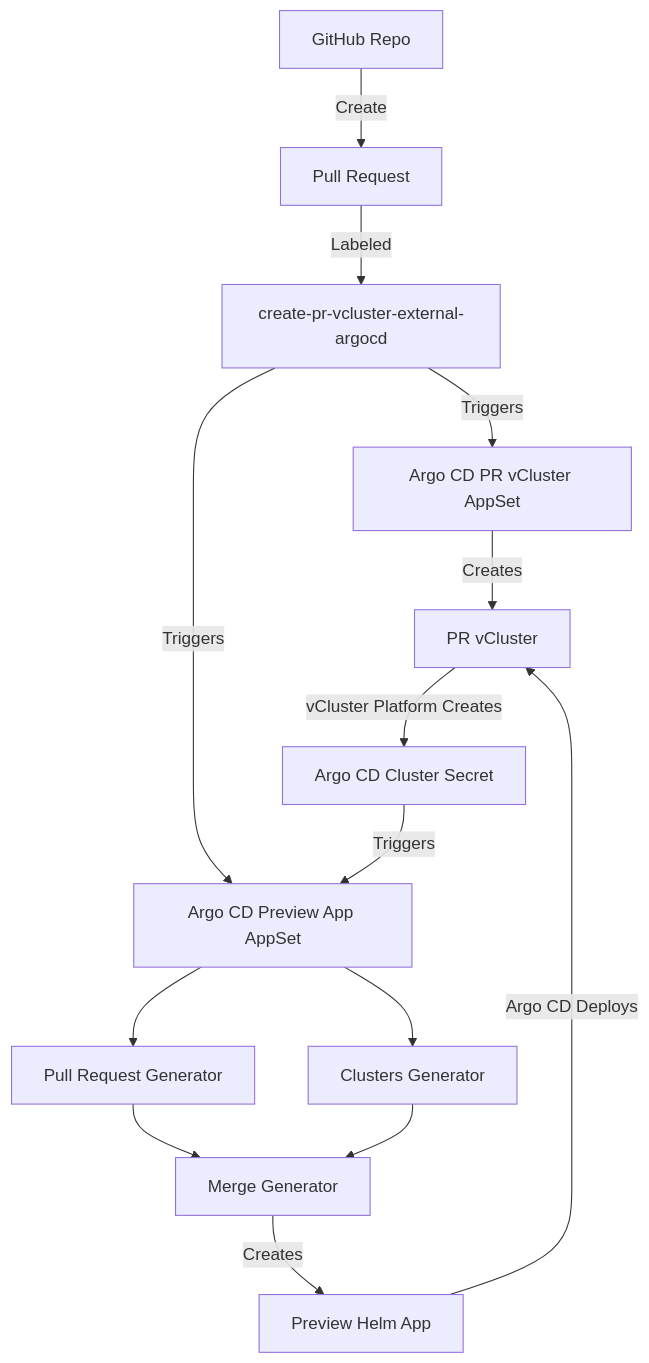
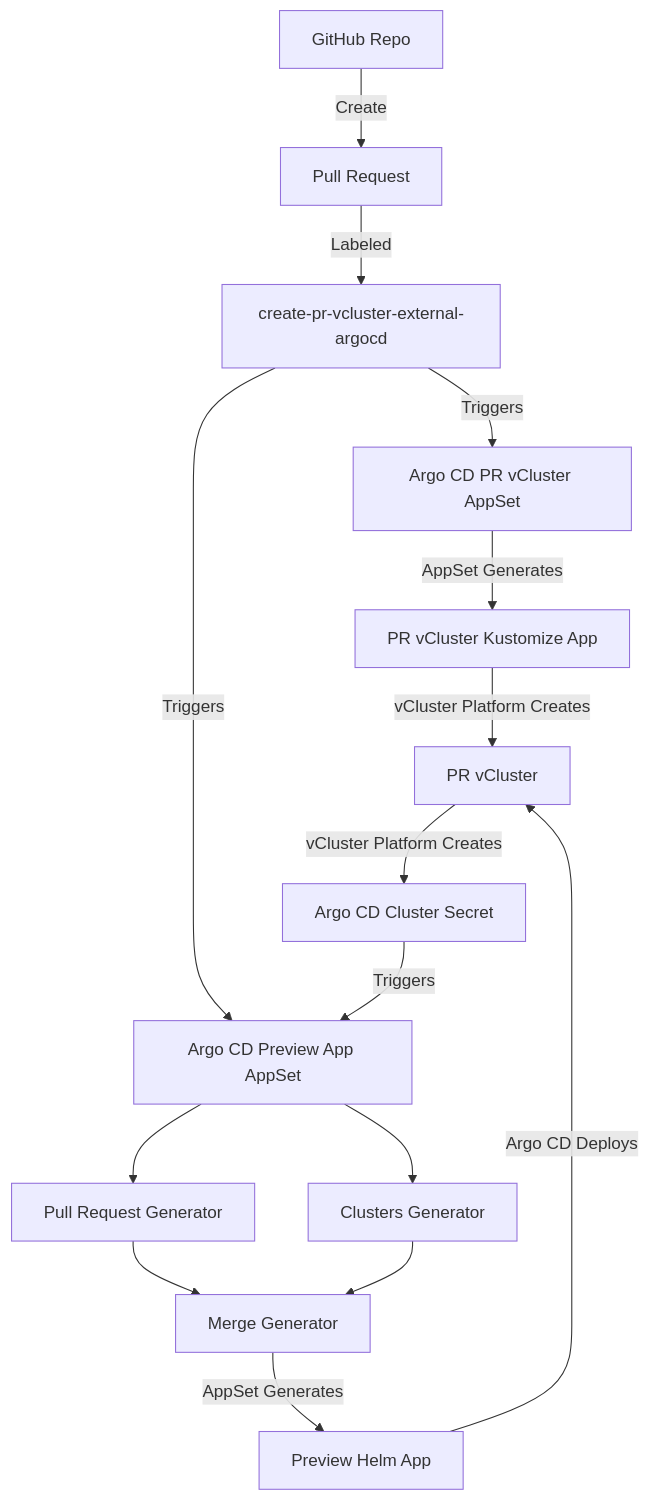
The diagram in vcluster-gitops/argocd/pr-environments/pr-vCluster-external-argo-flow.md (loft-demos/vcluster-platform-demo-app-template), drawn with Mermaid before and after one commit. The commit also changed other lines of this file, not shown here.

````diff
--- a/vcluster-gitops/argocd/pr-environments/pr-vCluster-external-argo-flow.md
+++ b/vcluster-gitops/argocd/pr-environments/pr-vCluster-external-argo-flow.md
@@ -3,19 +3,20 @@
 ```mermaid
 ---
 config:
   look: classic
 ---
 flowchart TD
     A["GitHub Repo"] -->| Create | B["Pull Request"] -->| Labeled | L[create-pr-vcluster-external-argocd] 
     L -->| Triggers | C["Argo CD PR vCluster AppSet"]
-    C -->| Creates | V["PR vCluster"]
+    C -->| AppSet Generates | VA["PR vCluster Kustomize App"]
+    VA --> | vCluster Platform Creates |V["PR vCluster"]
     V --> | vCluster Platform Creates |CS["Argo CD Cluster Secret"]
     L --> | Triggers |AS["Argo CD Preview App AppSet"]
     CS --> | Triggers |AS["Argo CD Preview App AppSet"]
     AS --> MP["Pull Request Generator"]
     AS --> MC["Clusters Generator"]
     MP --> MG["Merge Generator"]
     MC --> MG["Merge Generator"]
-    MG -->| Creates | APP["Preview Helm App"]
+    MG -->| AppSet Generates | APP["Preview Helm App"]
     APP --> | Argo CD Deploys | V
 ```
````
